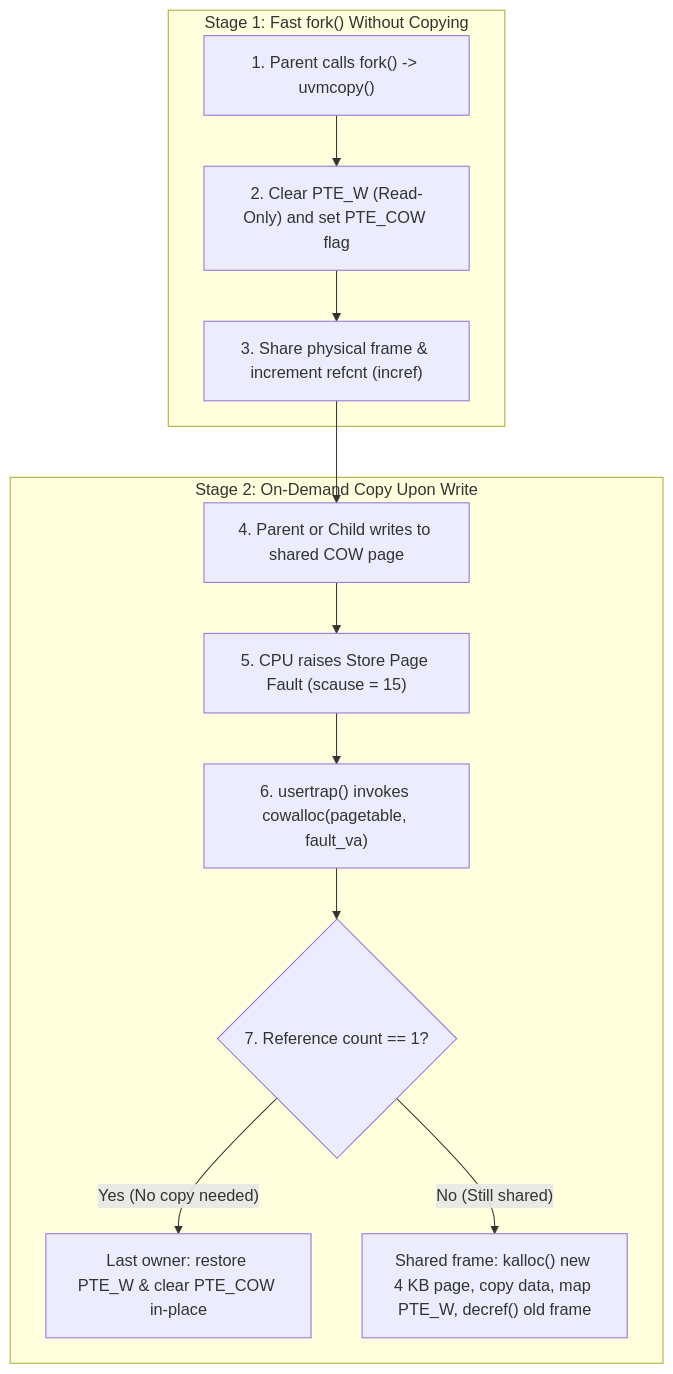
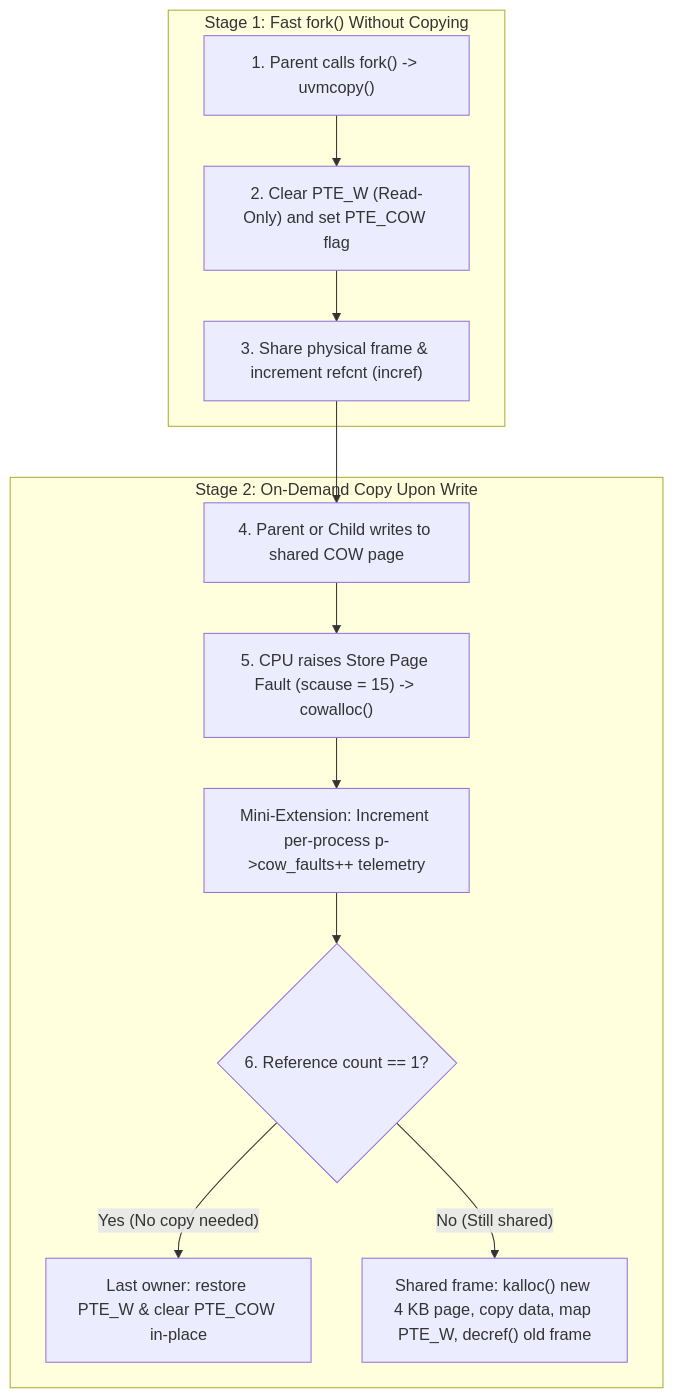
The fifth of 21 diagrams in README.md (asbahkhan67-ctrl/xv6-riscv), drawn with Mermaid before and after one commit. The commit also changed other lines of this file, not shown here.

````diff
--- a/README.md
+++ b/README.md
@@ -282,23 +311,23 @@
 ```mermaid
 flowchart TD
     subgraph Phase1["Stage 1: Fast fork() Without Copying"]
         F1["1. Parent calls fork() -> uvmcopy()"]
         F2["2. Clear PTE_W (Read-Only) and set PTE_COW flag"]
         F3["3. Share physical frame & increment refcnt (incref)"]
         F1 --> F2 --> F3
     end
 
     subgraph Phase2["Stage 2: On-Demand Copy Upon Write"]
         W1["4. Parent or Child writes to shared COW page"]
-        W2["5. CPU raises Store Page Fault (scause = 15)"]
-        W3["6. usertrap() invokes cowalloc(pagetable, fault_va)"]
-        W4{"7. Reference count == 1?"}
+        W2["5. CPU raises Store Page Fault (scause = 15) -> cowalloc()"]
+        W3["Mini-Extension: Increment per-process p->cow_faults++ telemetry"]
+        W4{"6. Reference count == 1?"}
         W5["Last owner: restore PTE_W & clear PTE_COW in-place"]
         W6["Shared frame: kalloc() new 4 KB page, copy data, map PTE_W, decref() old frame"]
         W1 --> W2 --> W3 --> W4
         W4 -- "Yes (No copy needed)" --> W5
         W4 -- "No (Still shared)" --> W6
     end
 
     F3 --> W1
 ```
````
